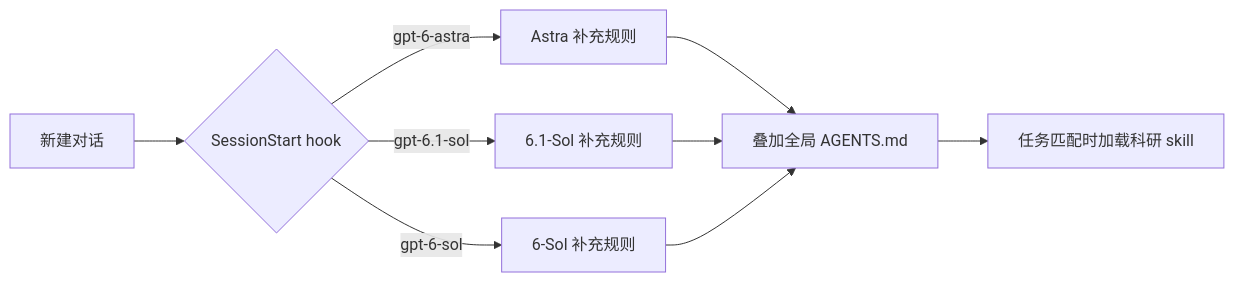
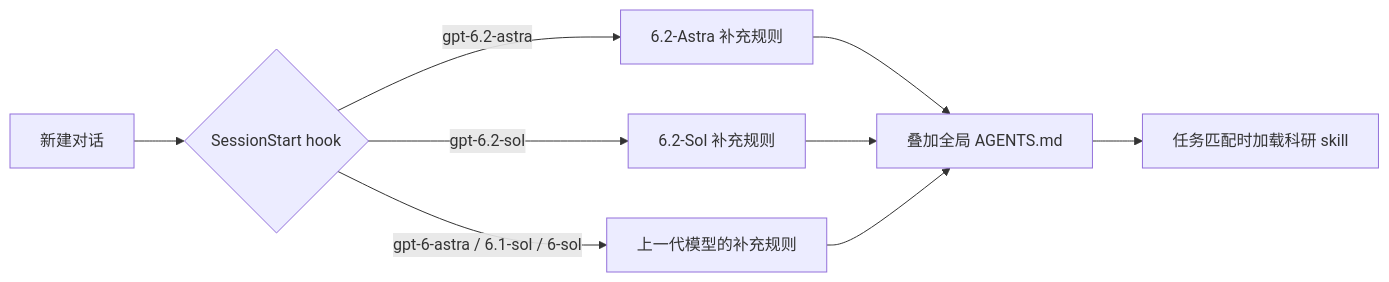
One commit to RainyMarks/GPT6-Research-Dev-Boost changed the diagram in README.md. Above: the diagram before and after it, drawn with Mermaid. The commit also changed other lines of this file and 3 other files, not shown here.

Commit message:
v8.2: GPT-6.2-Sol and GPT-6.2-Astra rules — report what could not be done first, never rewrite tests to pass; hook recognizes 6.2

````diff
--- a/README.md
+++ b/README.md
@@ -70,9 +70,9 @@
 ```mermaid
 flowchart LR
     A[新建对话] --> B{SessionStart hook}
-    B -->|gpt-6-astra| C[Astra 补充规则]
-    B -->|gpt-6.1-sol| D[6.1-Sol 补充规则]
-    B -->|gpt-6-sol| E[6-Sol 补充规则]
-    C & D & E --> G[叠加全局 AGENTS.md]
+    B -->|gpt-6.2-astra| C2[6.2-Astra 补充规则]
+    B -->|gpt-6.2-sol| D2[6.2-Sol 补充规则]
+    B -->|gpt-6-astra / 6.1-sol / 6-sol| E[上一代模型的补充规则]
+    C2 & D2 & E --> G[叠加全局 AGENTS.md]
     G --> S[任务匹配时加载科研 skill]
 ```
````
